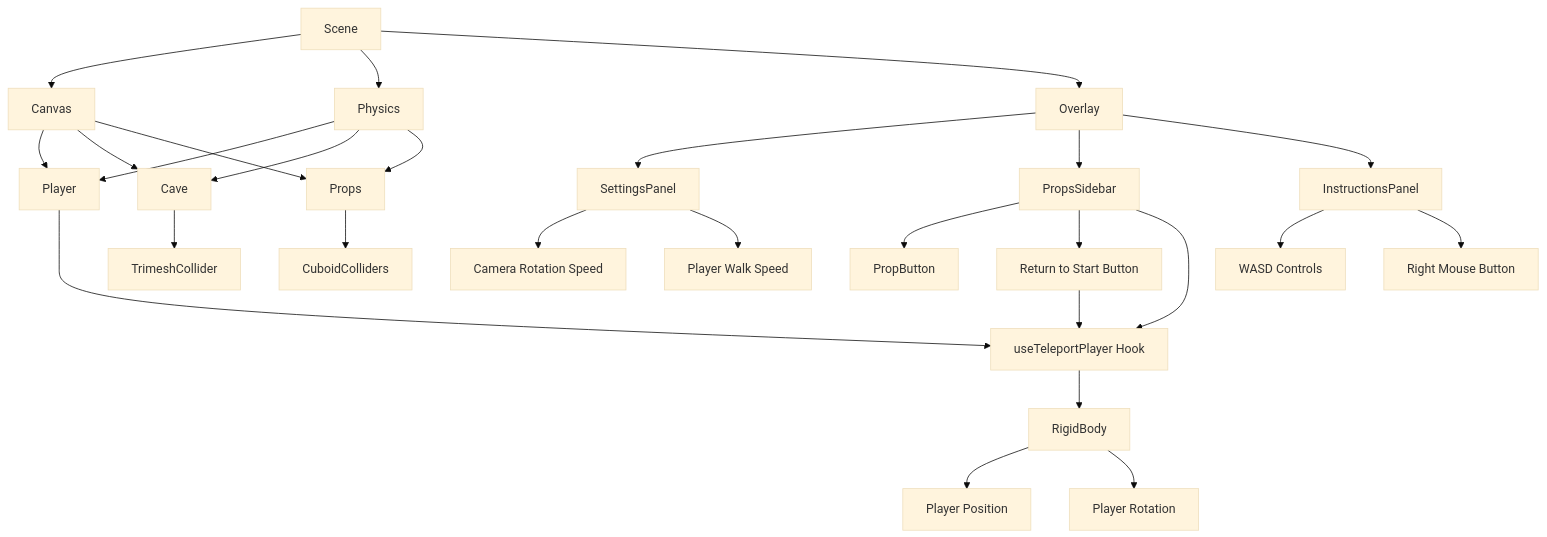
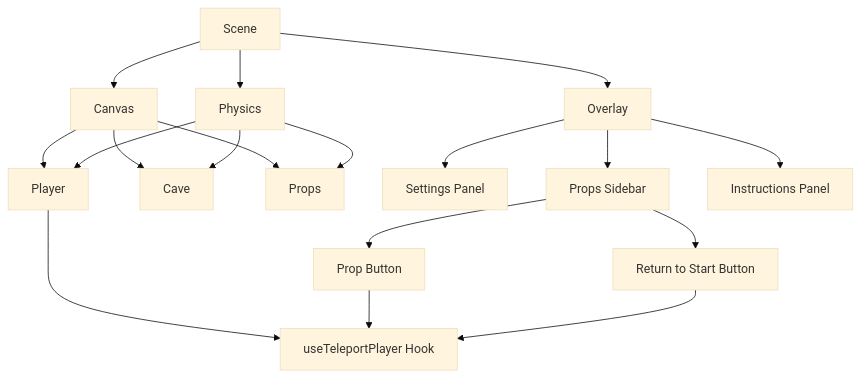
The diagram in README.md (CarlaCGDM/threejs-first-person-movement), drawn with Mermaid (base theme) before and after one commit.

`````diff
--- a/README.md
+++ b/README.md
@@ -29,38 +29,25 @@
 ```mermaid
 graph TD
     A[Scene] --> B[Canvas]
     A --> C[Physics]
     A --> D[Overlay]
 
     B --> E[Player]
     B --> F[Cave]
     B --> G[Props]
 
     C --> E
     C --> F
     C --> G
 
-    D --> H[SettingsPanel]
-    D --> I[PropsSidebar]
-    D --> J[InstructionsPanel]
+    D --> H[Settings Panel]
+    D --> I[Props Sidebar]
+    D --> J[Instructions Panel]
 
-    I --> K[PropButton]
+    I --> K[Prop Button]
     I --> L[Return to Start Button]
 
     E --> M[useTeleportPlayer Hook]
-    I --> M
+    K --> M
     L --> M
-
-    M --> N[RigidBody]
-    N --> O[Player Position]
-    N --> P[Player Rotation]
-
-    F --> Q[TrimeshCollider]
-    G --> R[CuboidColliders]
-
-    H --> S[Camera Rotation Speed]
-    H --> T[Player Walk Speed]
-
-    J --> U[WASD Controls]
-    J --> V[Right Mouse Button]
 ````
`````
